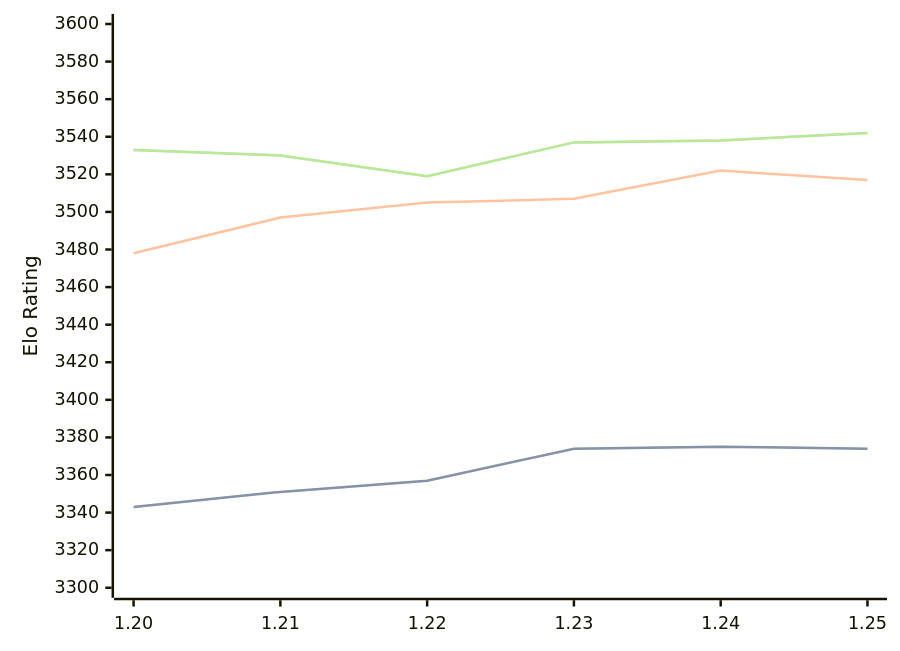
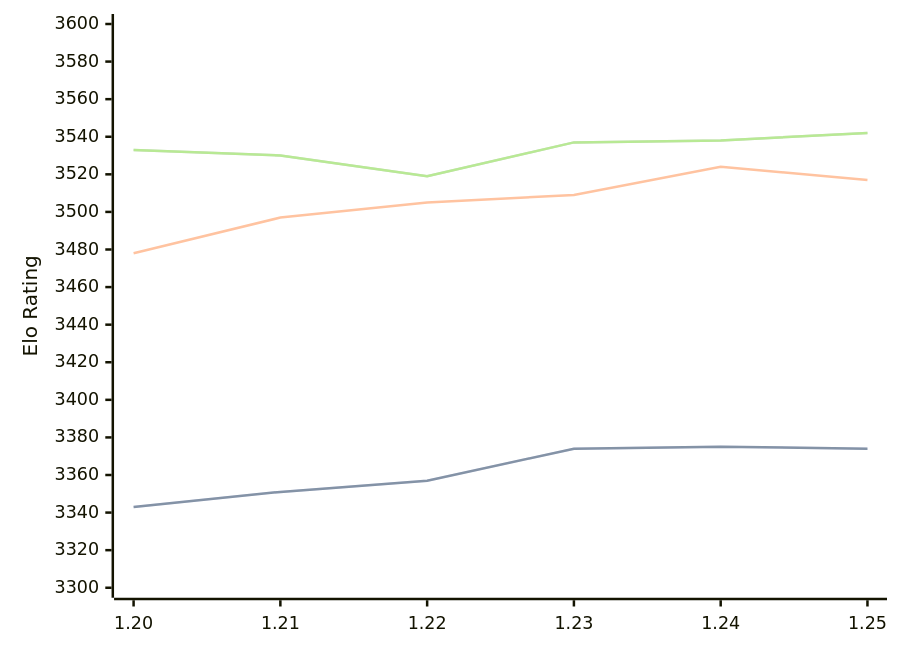
One commit to computer-chess-index/cci changed the diagram in engines/Caissa.md. Above: the diagram before and after it, drawn with Mermaid. The commit also changed other lines of this file, not shown here.

````diff
--- a/engines/Caissa.md
+++ b/engines/Caissa.md
@@ -65,11 +65,11 @@
 ```mermaid
 %%{init: {"theme":"base","themeVariables":{"seriesColors:['#a3a3a3','#222221','#faa371']}}}%%
 xychart-beta
   x-axis ["1.20", "1.21", "1.22", "1.23", "1.24", "1.25"]
   y-axis "Elo Rating" 3300 --> 3600
   line "STC (8.0+0.08s)" [3343, 3351, 3357, 3374, 3375, 3374]
   line "STC (8.0+0.08s)" [3343, 3351, 3357, 3374, 3375, 3374]
-  line "LTC (60.0+0.60s)" [3478, 3497, 3505, 3507, 3522, 3517]
+  line "LTC (60.0+0.60s)" [3478, 3497, 3505, 3509, 3524, 3517]
   line "VLTC (2m24s+1.12s)" [3533, 3530, 3519, 3537, 3538, 3542]
   line "VLTC (2m24s+1.12s)" [3533, 3530, 3519, 3537, 3538, 3542]
 ```
````
